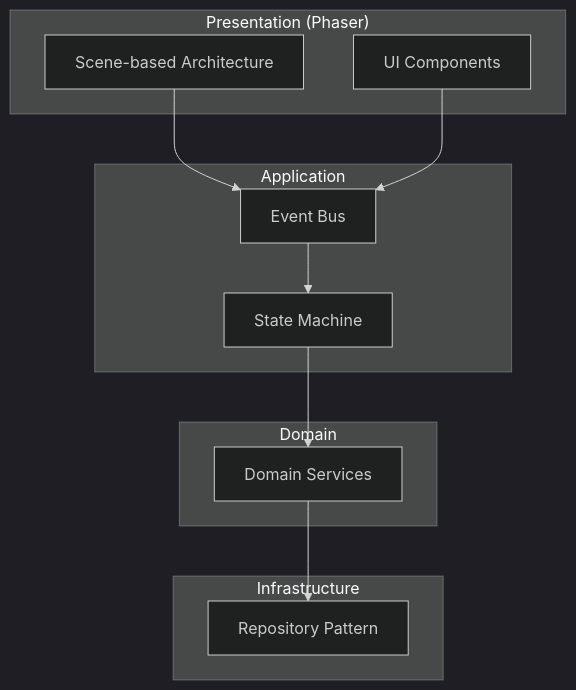
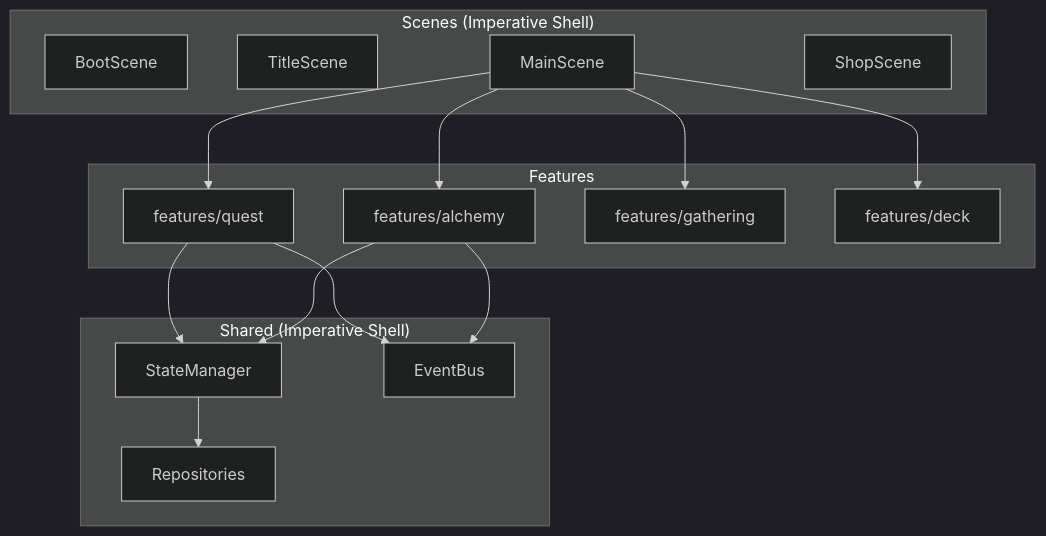
One commit to yaguma/atelier changed the first of 2 diagrams in docs/design/atelier-guild-rank/architecture-overview.md. Above: the diagram before and after it, drawn with Mermaid (dark theme). The commit also changed other lines of this file, not shown here.

First line of the commit message:
docs: アーキテクチャ設計書をFeature-Based + FCISに更新

````diff
--- a/docs/design/atelier-guild-rank/architecture-overview.md
+++ b/docs/design/atelier-guild-rank/architecture-overview.md
@@ -116,26 +134,32 @@
 ```mermaid
 graph TB
-    subgraph "Presentation (Phaser)"
-        Scene[Scene-based Architecture]
-        UI[UI Components]
+    subgraph "Scenes (Imperative Shell)"
+        Boot[BootScene]
+        Title[TitleScene]
+        Main[MainScene]
+        Shop[ShopScene]
     end
 
-    subgraph "Application"
-        SM[State Machine]
-        EB[Event Bus]
+    subgraph "Features"
+        Quest[features/quest]
+        Alchemy[features/alchemy]
+        Gathering[features/gathering]
+        Deck[features/deck]
     end
 
-    subgraph "Domain"
-        SVC[Domain Services]
+    subgraph "Shared (Imperative Shell)"
+        SM[StateManager]
+        EB[EventBus]
+        Repo[Repositories]
     end
 
-    subgraph "Infrastructure"
-        REPO[Repository Pattern]
-    end
-
-    Scene --> EB
-    UI --> EB
-    EB --> SM
-    SM --> SVC
-    SVC --> REPO
+    Main --> Quest
+    Main --> Alchemy
+    Main --> Gathering
+    Main --> Deck
+    Quest --> SM
+    Quest --> EB
+    Alchemy --> SM
+    Alchemy --> EB
+    SM --> Repo
 ```
````
